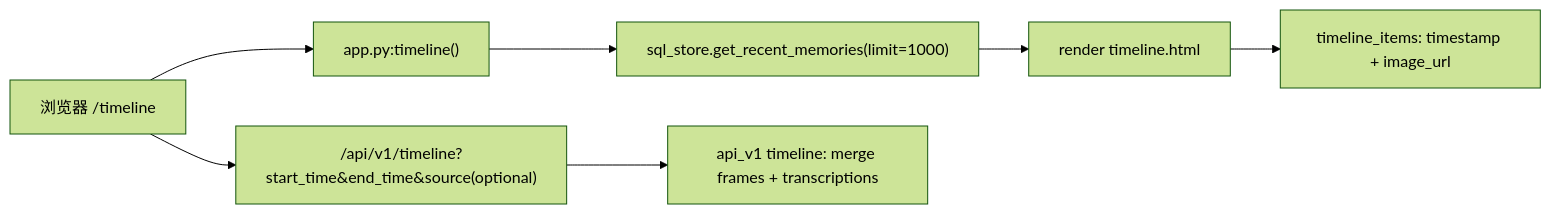
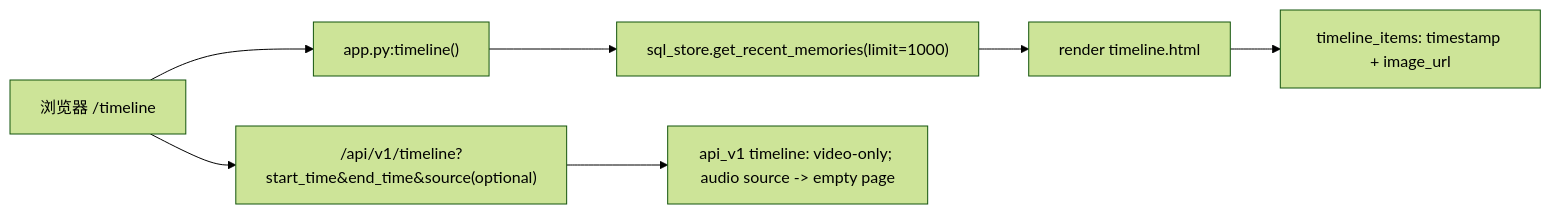
Before and after one commit to Xinm123/MyRecall: the diagram in v3/webui/pages/timeline.md, drawn with Mermaid (forest theme). The commit also changed other lines of this file and 50 other files, not shown here.

````diff
--- a/v3/webui/pages/timeline.md
+++ b/v3/webui/pages/timeline.md
@@ -38,9 +38,9 @@
 ```mermaid
 flowchart LR
   U["浏览器 /timeline"] --> R["app.py:timeline()"]
   R --> Q["sql_store.get_recent_memories(limit=1000)"]
   Q --> T["render timeline.html"]
   T --> I["timeline_items: timestamp + image_url"]
   U --> V1["/api/v1/timeline?start_time&end_time&source(optional)"]
-  V1 --> M["api_v1 timeline: merge frames + transcriptions"]
+  V1 --> M["api_v1 timeline: video-only; audio source -> empty page"]
 ```
````
